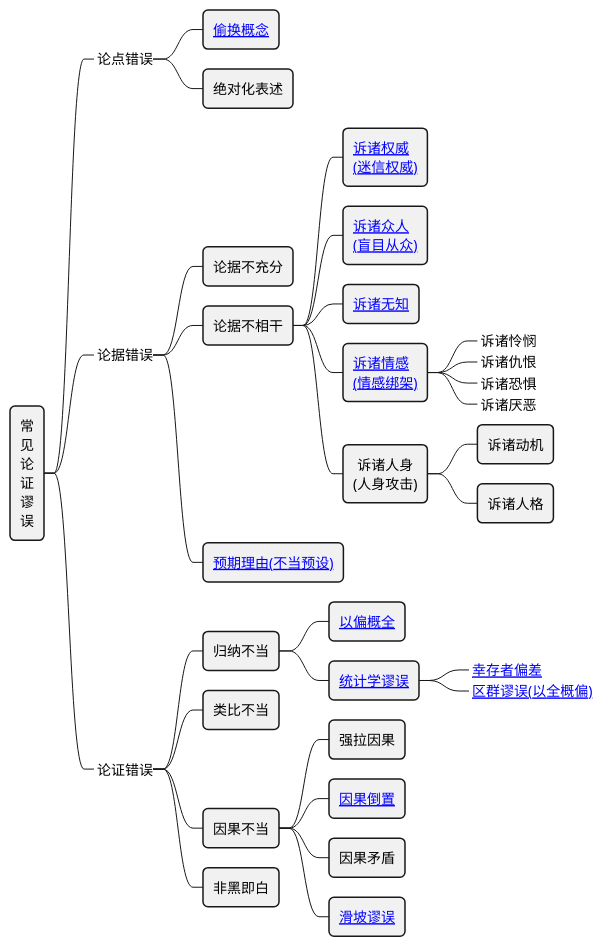
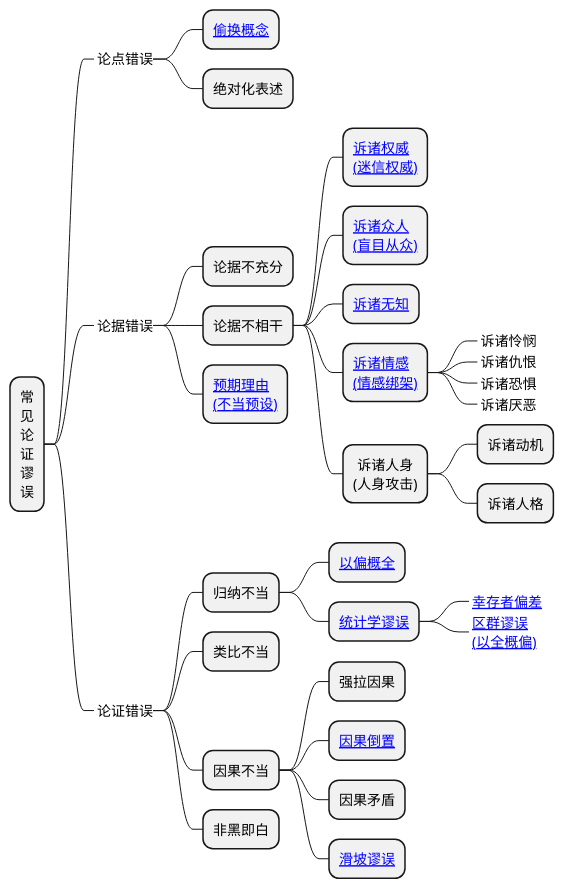
The fifth of 5 diagrams in source/_posts/logic/logic.md (holmofy/blog.hufeifei.cn), drawn with PlantUML before and after one commit.

````diff
--- a/source/_posts/logic/logic.md
+++ b/source/_posts/logic/logic.md
@@ -156,42 +156,42 @@
 ```plantuml
 @startmindmap
 <style>
 node {
     HorizontalAlignment center
-    RoundCorner 10
+    RoundCorner 20
 }
 </style>
 * 常\n见\n论\n证\n谬\n误
 **_ 论点错误
 *** [[https://baike.baidu.com/item/偷换概念/6714008 偷换概念]]
 *** 绝对化表述
 **_ 论据错误
 *** 论据不充分
 *** 论据不相干
 **** [[https://baike.baidu.com/item/诉诸权威 诉诸权威\n(迷信权威)]]
 **** [[https://baike.baidu.com/item/诉诸大众 诉诸众人\n(盲目从众)]]
 **** [[https://baike.baidu.com/item/诉诸无知 诉诸无知]]
 **** [[https://baike.baidu.com/item/诉诸情感 诉诸情感\n(情感绑架)]]
 *****_ 诉诸怜悯
 *****_ 诉诸仇恨
 *****_ 诉诸恐惧
 *****_ 诉诸厌恶
 **** 诉诸人身\n(人身攻击)
 ***** 诉诸动机
 ***** 诉诸人格
-*** [[https://baike.baidu.com/item/预期理由 预期理由(不当预设)]]
+*** [[https://baike.baidu.com/item/预期理由 预期理由\n(不当预设)]]
 **_ 论证错误
 *** 归纳不当
 **** [[https://baike.baidu.com/item/以偏概全 以偏概全]]
 **** [[https://baike.baidu.com/item/统计陷阱/3778566 统计学谬误]]
 *****_ [[https://baike.baidu.com/item/幸存者偏差/10313799 幸存者偏差]]
-*****_ [[https://baike.baidu.com/item/区群谬误 区群谬误(以全概偏)]]
+*****_ [[https://baike.baidu.com/item/区群谬误 区群谬误\n(以全概偏)]]
 *** 类比不当
 *** 因果不当
 **** 强拉因果
 **** [[https://baike.baidu.com/item/因果倒置 因果倒置]]
 **** 因果矛盾
 **** [[https://baike.baidu.com/item/滑坡谬误 滑坡谬误]]
 *** 非黑即白
 @endmindmap
 ```
````
